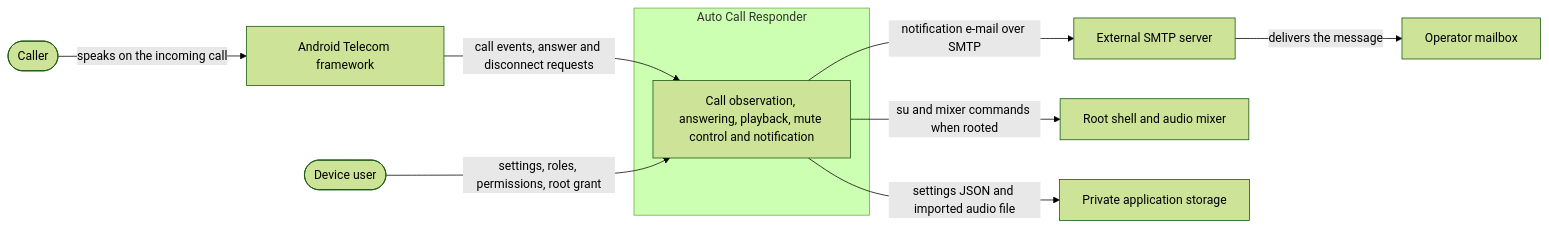
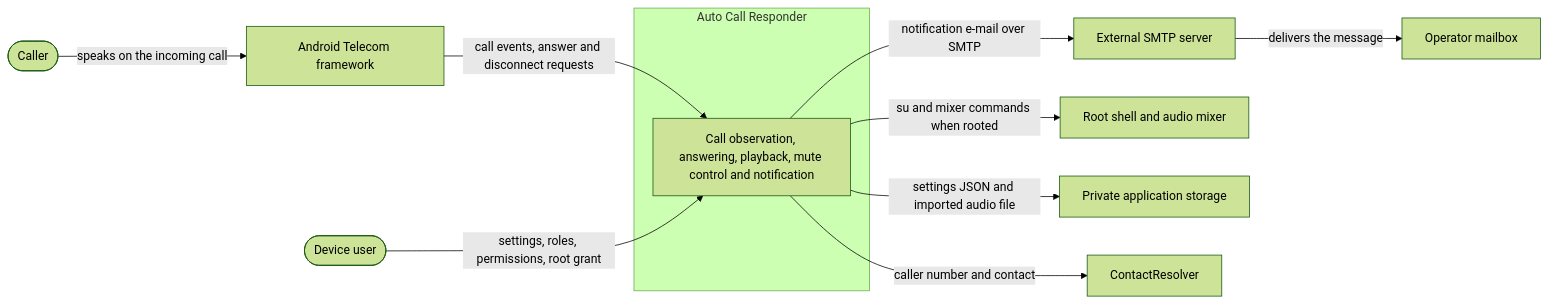
One commit to hmlendea/auto-call-responder changed the first of 8 diagrams in ARCHITECTURE.md. Above: the diagram before and after it, drawn with Mermaid (forest theme). The commit also changed other lines of this file and 25 other files, not shown here.

````diff
--- a/ARCHITECTURE.md
+++ b/ARCHITECTURE.md
@@ -53,22 +53,23 @@
 ```mermaid
 flowchart LR
     Caller([Caller])
     User([Device user])
     Telecom["Android Telecom framework"]
     SMTP["External SMTP server"]
     Mailbox["Operator mailbox"]
     Root["Root shell and audio mixer"]
     Storage["Private application storage"]
 
     subgraph System["Auto Call Responder"]
         Responder["Call observation, answering, playback, mute control and notification"]
     end
 
     Caller -->|speaks on the incoming call| Telecom
     Telecom -->|call events, answer and disconnect requests| Responder
     User -->|settings, roles, permissions, root grant| Responder
+    Responder -->|caller number and contact| ContactResolver
     Responder -->|notification e-mail over SMTP| SMTP
     SMTP -->|delivers the message| Mailbox
     Responder -->|su and mixer commands when rooted| Root
     Responder -->|settings JSON and imported audio file| Storage
 ```
````
